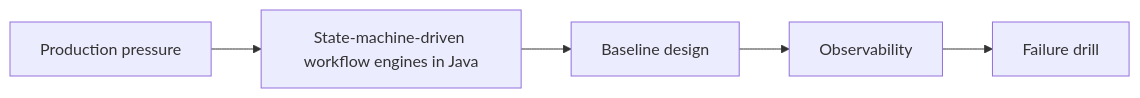
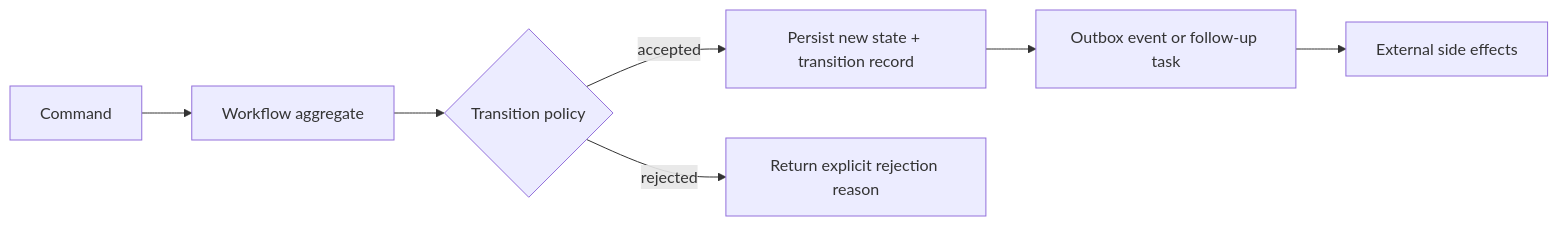
Before and after one commit to sandeepbhardwaj/sandeepbhardwaj.github.io: the diagram in _posts/2026-10-08-java-lld-state-machine-workflow-engine-part-1.md, drawn with Mermaid. The commit also changed other lines of this file and 19 other files, not shown here.

````diff
--- a/_posts/2026-10-08-java-lld-state-machine-workflow-engine-part-1.md
+++ b/_posts/2026-10-08-java-lld-state-machine-workflow-engine-part-1.md
@@ -57,7 +93,9 @@
 ```mermaid
 flowchart LR
-    A[Production pressure] --> B[State-machine-driven workflow engines in Java]
-    B --> C[Baseline design]
-    C --> D[Observability]
-    D --> E[Failure drill]
+    A[Command] --> B[Workflow aggregate]
+    B --> C{Transition policy}
+    C -->|accepted| D[Persist new state + transition record]
+    C -->|rejected| E[Return explicit rejection reason]
+    D --> F[Outbox event or follow-up task]
+    F --> G[External side effects]
 ```
````
